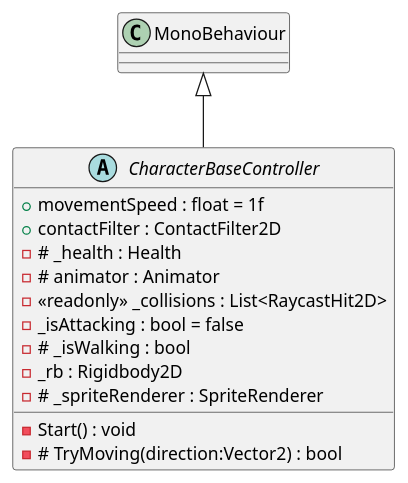
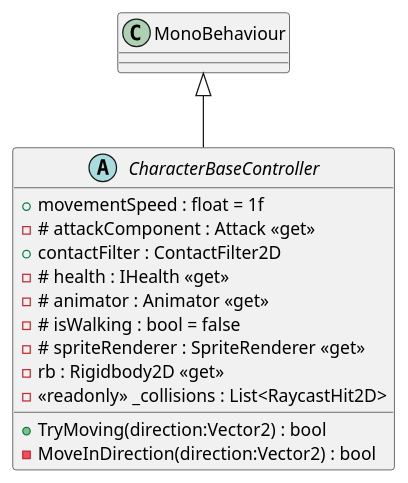
One commit to breftejk/Enigmaze changed the diagram in uml/Characters/CharacterBaseController.puml. Above: the diagram before and after it, drawn with PlantUML. The commit also changed 87 other files, not shown here.

```diff
--- a/uml/Characters/CharacterBaseController.puml
+++ b/uml/Characters/CharacterBaseController.puml
@@ -1,16 +1,16 @@
 @startuml
 abstract class CharacterBaseController {
     + movementSpeed : float = 1f
+    - # attackComponent : Attack <<get>>
     + contactFilter : ContactFilter2D
-    - # _health : Health
-    - # animator : Animator
+    - # health : IHealth <<get>>
+    - # animator : Animator <<get>>
+    - # isWalking : bool = false
+    - # spriteRenderer : SpriteRenderer <<get>>
+    - rb : Rigidbody2D <<get>>
     - <<readonly>> _collisions : List<RaycastHit2D>
-    - _isAttacking : bool = false
-    - # _isWalking : bool
-    - _rb : Rigidbody2D
-    - # _spriteRenderer : SpriteRenderer
-    - Start() : void
-    - # TryMoving(direction:Vector2) : bool
+    + TryMoving(direction:Vector2) : bool
+    - MoveInDirection(direction:Vector2) : bool
 }
 MonoBehaviour <|-- CharacterBaseController
 @enduml
```
